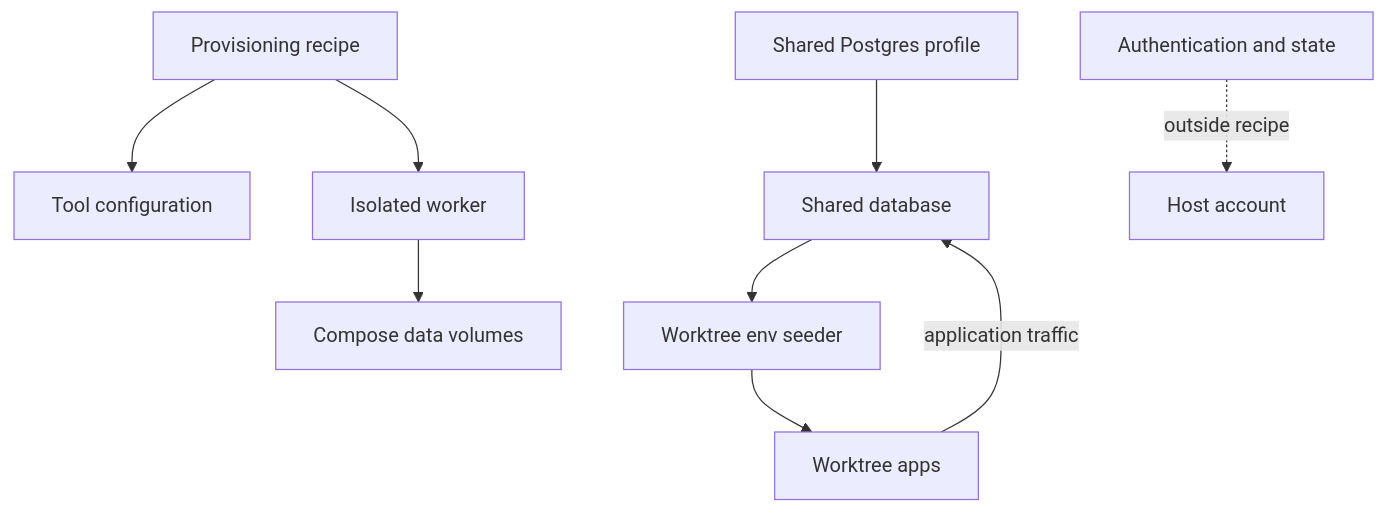
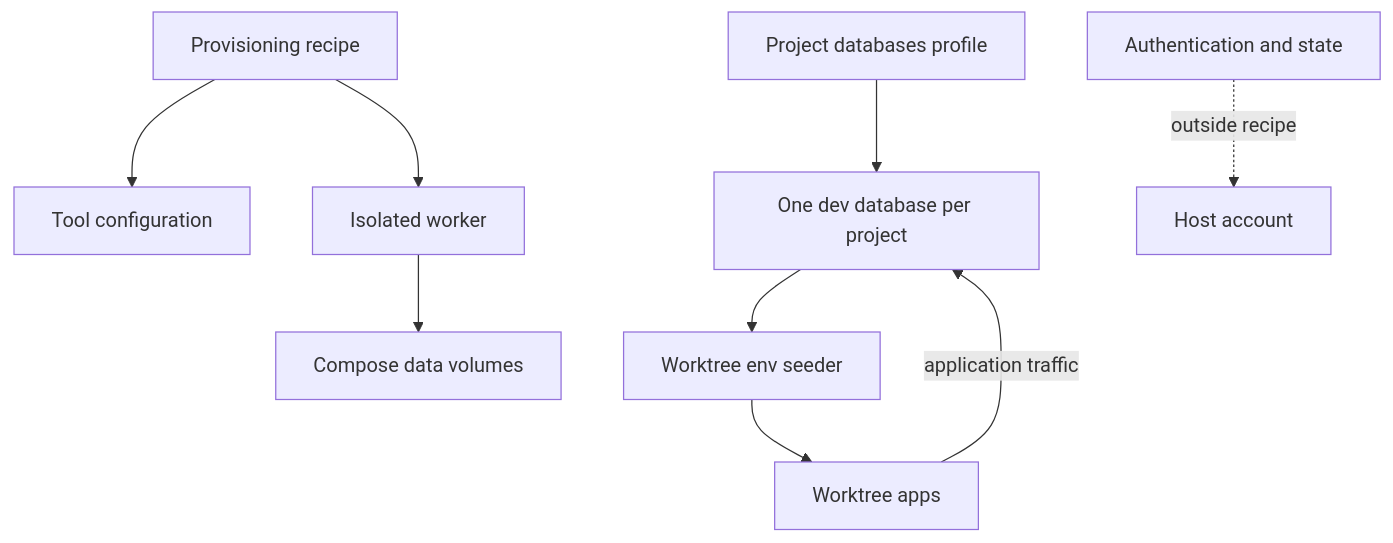
One commit to i098/Crewship changed the sixth of 6 diagrams in docs/architecture.md. Above: the diagram before and after it, drawn with Mermaid. The commit also changed other lines of this file and 6 other files, not shown here.

````diff
--- a/docs/architecture.md
+++ b/docs/architecture.md
@@ -136,11 +136,11 @@
 ```mermaid
 flowchart TB
     recipe[Provisioning recipe] --> config[Tool configuration]
     recipe --> worker[Isolated worker]
     worker --> volumes[Compose data volumes]
-    profile[Shared Postgres profile] --> stack[Shared database]
+    profile[Project databases profile] --> stack[One dev database per project]
     stack --> env[Worktree env seeder]
     env --> apps[Worktree apps]
     apps -->|application traffic| stack
     auth[Authentication and state] -.->|outside recipe| host[Host account]
 ```
````
